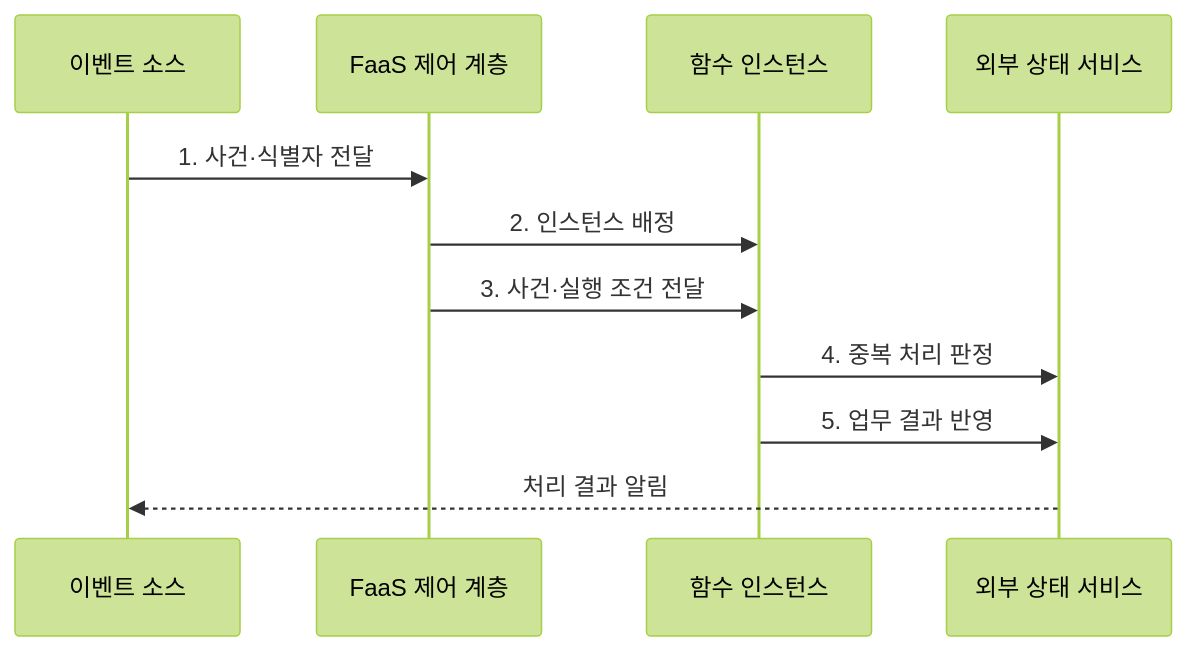
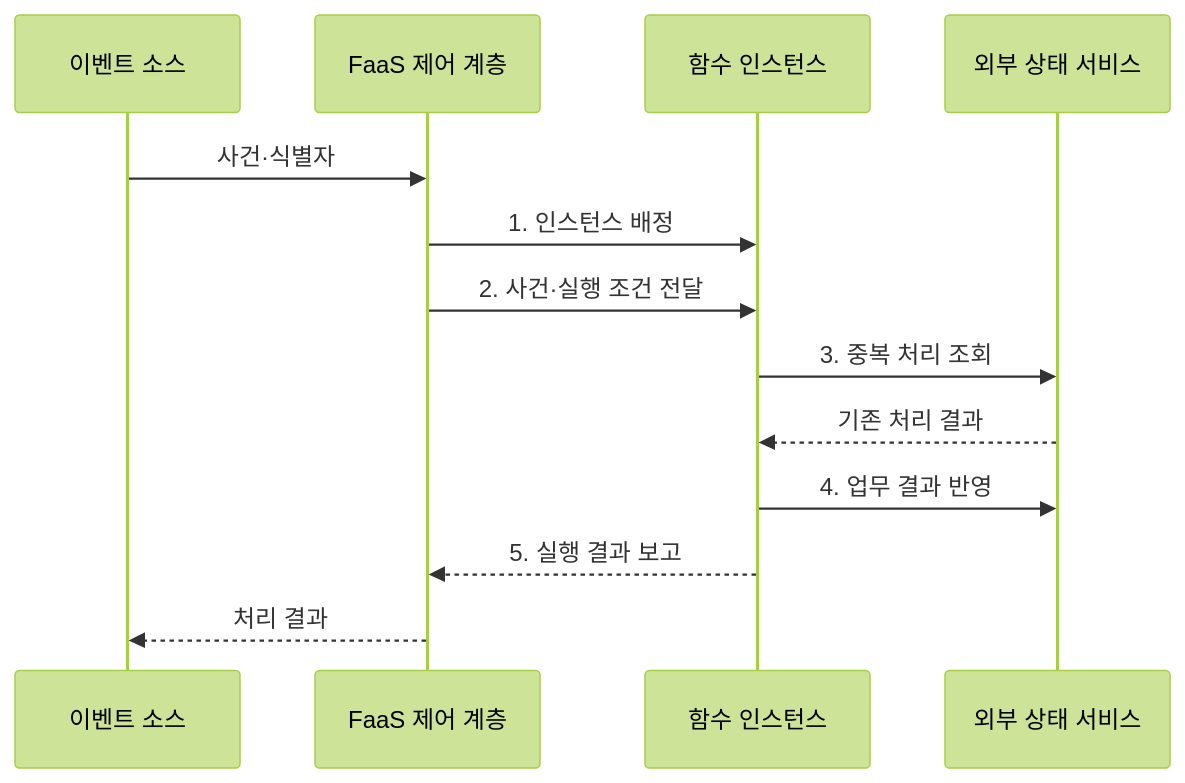
Before and after one commit to agnusdei1207/knowledge-base: the second of 2 diagrams in src/content/docs/notes/03-software/159_serverless_faas.md, drawn with Mermaid (forest theme). The commit also changed other lines of this file and 20 other files, not shown here.

````diff
--- a/src/content/docs/notes/03-software/159_serverless_faas.md
+++ b/src/content/docs/notes/03-software/159_serverless_faas.md
@@ -83,13 +86,15 @@
 ```mermaid
 sequenceDiagram
     participant E as 이벤트 소스
     participant P as FaaS 제어 계층
     participant F as 함수 인스턴스
     participant S as 외부 상태 서비스
-    E->>P: 1. 사건·식별자 전달
-    P->>F: 2. 인스턴스 배정
-    P->>F: 3. 사건·실행 조건 전달
-    F->>S: 4. 중복 처리 판정
-    F->>S: 5. 업무 결과 반영
-    S-->>E: 처리 결과 알림
+    E->>P: 사건·식별자
+    P->>F: 1. 인스턴스 배정
+    P->>F: 2. 사건·실행 조건 전달
+    F->>S: 3. 중복 처리 조회
+    S-->>F: 기존 처리 결과
+    F->>S: 4. 업무 결과 반영
+    F-->>P: 5. 실행 결과 보고
+    P-->>E: 처리 결과
 ```
````
